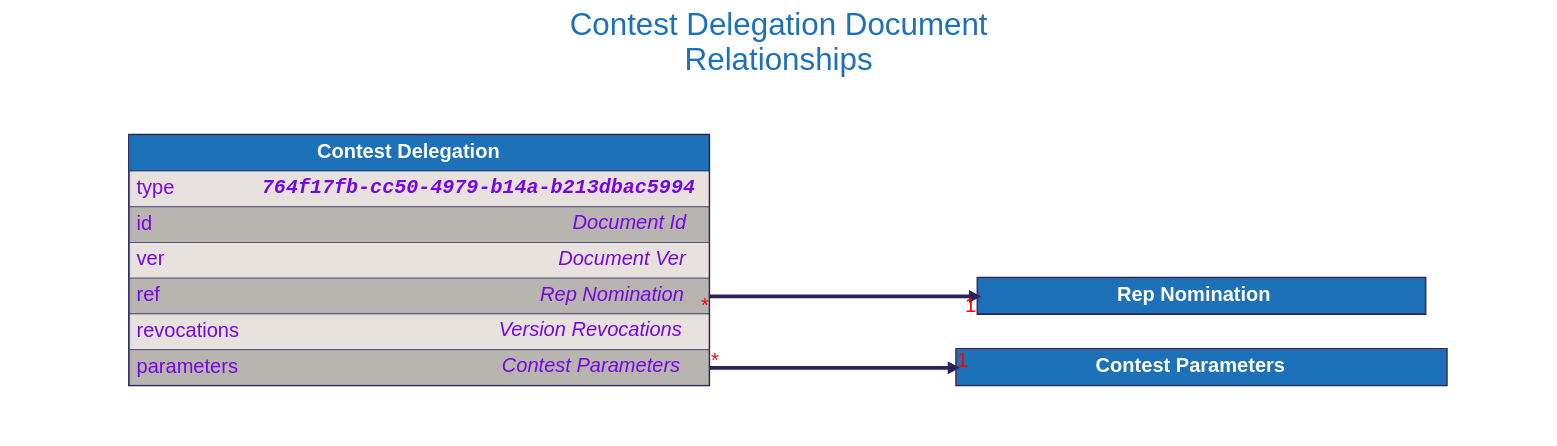
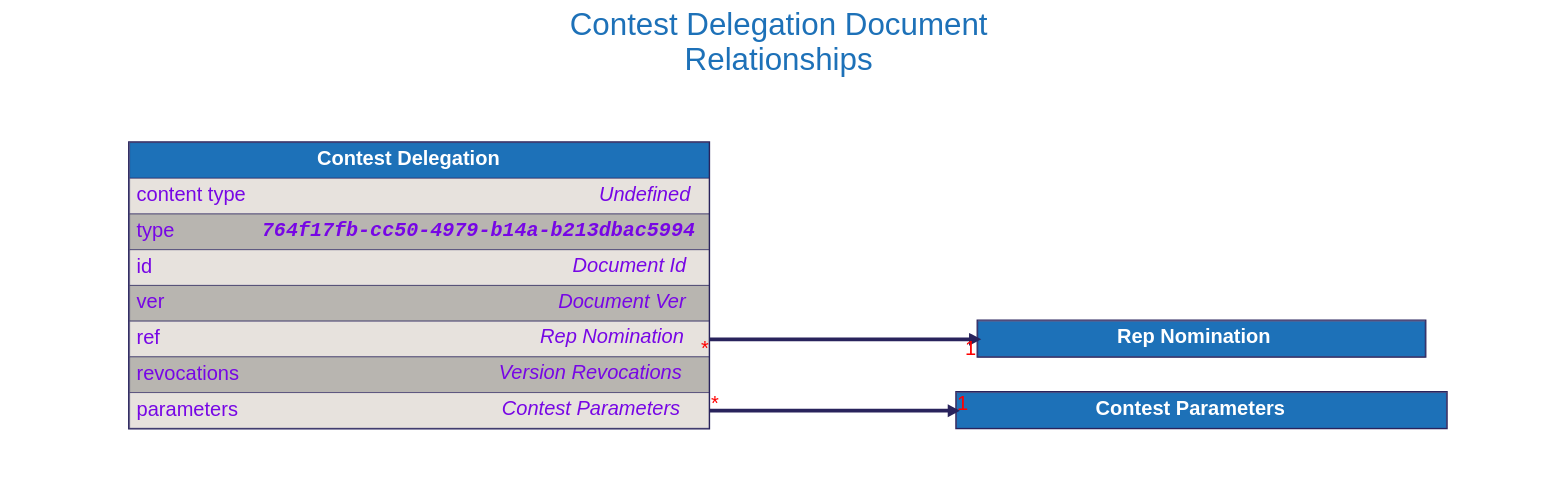
The diagram in docs/src/architecture/08_concepts/signed_doc/diagrams/contest_delegation.dot (input-output-hk/catalyst-libs), drawn with Graphviz before and after one commit. The commit also changed 4 other files, not shown here.

```diff
--- a/docs/src/architecture/08_concepts/signed_doc/diagrams/contest_delegation.dot
+++ b/docs/src/architecture/08_concepts/signed_doc/diagrams/contest_delegation.dot
@@ -1,123 +1,133 @@
 digraph "Contest Delegation" {
     rankdir="LR"
     graph [fontname="helvetica", fontsize="32", fontcolor="#29235c", bgcolor="white"];
     node [penwidth="0", margin="0", fontname="helvetica", fontsize="32", fontcolor="#29235c"];
     edge [fontname="helvetica", fontsize="32", fontcolor="red", color="#29235c"];
 
     labelloc="t"
     label="Contest Delegation Document
 Relationships"
     fontcolor="#1d71b8"
     fontsize=50
     compound=true
 
 
 
     "Rep Nomination" [
         id="Rep Nomination";
         label=<
             <TABLE BORDER="2" COLOR="#29235c" CELLBORDER="1" CELLSPACING="0" CELLPADDING="10">
             <TR>
                 <TD PORT="title" BGCOLOR="#1d71b8" HREF="../rep_nomination/">
                     <FONT COLOR="#ffffff"><B> Rep Nomination </B></FONT>
                 </TD>
             </TR>
 
             </TABLE>
         >
     ];
 
 
     "Contest Parameters" [
         id="Contest Parameters";
         label=<
             <TABLE BORDER="2" COLOR="#29235c" CELLBORDER="1" CELLSPACING="0" CELLPADDING="10">
             <TR>
                 <TD PORT="title" BGCOLOR="#1d71b8" HREF="../contest_parameters/">
                     <FONT COLOR="#ffffff"><B> Contest Parameters </B></FONT>
                 </TD>
             </TR>
 
             </TABLE>
         >
     ];
 
 
     "Contest Delegation" [
         id="Contest Delegation";
         label=<
             <TABLE BORDER="2" COLOR="#29235c" CELLBORDER="1" CELLSPACING="0" CELLPADDING="10">
             <TR>
                 <TD PORT="title" BGCOLOR="#1d71b8" HREF="../contest_delegation/">
                     <FONT COLOR="#ffffff"><B> Contest Delegation </B></FONT>
                 </TD>
             </TR>
             <TR>
-                <TD ALIGN="LEFT" PORT="type" BGCOLOR="#e7e2dd">
+                <TD ALIGN="LEFT" PORT="content type" BGCOLOR="#e7e2dd">
+                    <TABLE CELLPADDING="0" CELLSPACING="0" BORDER="0">
+                        <TR>
+                            <TD ALIGN="LEFT" VALIGN="TOP" WIDTH="200"><FONT COLOR="#7706E5">content type</FONT></TD>
+                            <TD ALIGN="RIGHT"><FONT COLOR="#7706E5"><I>Undefined</I></FONT></TD>
+                        </TR>
+                    </TABLE>
+                </TD>
+            </TR>
+            <TR>
+                <TD ALIGN="LEFT" PORT="type" BGCOLOR="#b8b5b0">
                     <TABLE CELLPADDING="0" CELLSPACING="0" BORDER="0">
                         <TR>
                             <TD ALIGN="LEFT" VALIGN="TOP" WIDTH="200"><FONT COLOR="#7706E5">type</FONT></TD>
                             <TD ALIGN="RIGHT"><FONT FACE="Courier" COLOR="#7706E5"><B><I>764f17fb-cc50-4979-b14a-b213dbac5994</I></B></FONT></TD>
                         </TR>
                     </TABLE>
                 </TD>
             </TR>
             <TR>
-                <TD ALIGN="LEFT" PORT="id" BGCOLOR="#b8b5b0">
+                <TD ALIGN="LEFT" PORT="id" BGCOLOR="#e7e2dd">
                     <TABLE CELLPADDING="0" CELLSPACING="0" BORDER="0">
                         <TR>
                             <TD ALIGN="LEFT" VALIGN="TOP" WIDTH="200"><FONT COLOR="#7706E5">id</FONT></TD>
                             <TD ALIGN="RIGHT"><FONT COLOR="#7706E5"><I>Document Id</I></FONT></TD>
                         </TR>
                     </TABLE>
                 </TD>
             </TR>
             <TR>
-                <TD ALIGN="LEFT" PORT="ver" BGCOLOR="#e7e2dd">
+                <TD ALIGN="LEFT" PORT="ver" BGCOLOR="#b8b5b0">
                     <TABLE CELLPADDING="0" CELLSPACING="0" BORDER="0">
                         <TR>
                             <TD ALIGN="LEFT" VALIGN="TOP" WIDTH="200"><FONT COLOR="#7706E5">ver</FONT></TD>
                             <TD ALIGN="RIGHT"><FONT COLOR="#7706E5"><I>Document Ver</I></FONT></TD>
                         </TR>
                     </TABLE>
                 </TD>
             </TR>
             <TR>
-                <TD ALIGN="LEFT" PORT="ref" BGCOLOR="#b8b5b0">
+                <TD ALIGN="LEFT" PORT="ref" BGCOLOR="#e7e2dd">
                     <TABLE CELLPADDING="0" CELLSPACING="0" BORDER="0">
                         <TR>
                             <TD ALIGN="LEFT" VALIGN="TOP" WIDTH="200"><FONT COLOR="#7706E5">ref</FONT></TD>
                             <TD ALIGN="RIGHT"><FONT COLOR="#7706E5"><I>Rep Nomination</I></FONT></TD>
                         </TR>
                     </TABLE>
                 </TD>
             </TR>
             <TR>
-                <TD ALIGN="LEFT" PORT="revocations" BGCOLOR="#e7e2dd">
+                <TD ALIGN="LEFT" PORT="revocations" BGCOLOR="#b8b5b0">
                     <TABLE CELLPADDING="0" CELLSPACING="0" BORDER="0">
                         <TR>
                             <TD ALIGN="LEFT" VALIGN="TOP" WIDTH="200"><FONT COLOR="#7706E5">revocations</FONT></TD>
                             <TD ALIGN="RIGHT"><FONT COLOR="#7706E5"><I>Version Revocations</I></FONT></TD>
                         </TR>
                     </TABLE>
                 </TD>
             </TR>
             <TR>
-                <TD ALIGN="LEFT" PORT="parameters" BGCOLOR="#b8b5b0">
+                <TD ALIGN="LEFT" PORT="parameters" BGCOLOR="#e7e2dd">
                     <TABLE CELLPADDING="0" CELLSPACING="0" BORDER="0">
                         <TR>
                             <TD ALIGN="LEFT" VALIGN="TOP" WIDTH="200"><FONT COLOR="#7706E5">parameters</FONT></TD>
                             <TD ALIGN="RIGHT"><FONT COLOR="#7706E5"><I>Contest Parameters</I></FONT></TD>
                         </TR>
                     </TABLE>
                 </TD>
             </TR>
 
             </TABLE>
         >
     ];
 
 
     "Contest Delegation":"ref":e -> "Rep Nomination":"title":w [dir=forward, penwidth=6, color="#29235c", headlabel="1", taillabel="*"]
     "Contest Delegation":"parameters":e -> "Contest Parameters":"title":w [dir=forward, penwidth=6, color="#29235c", headlabel="1", taillabel="*"]
 }
```
